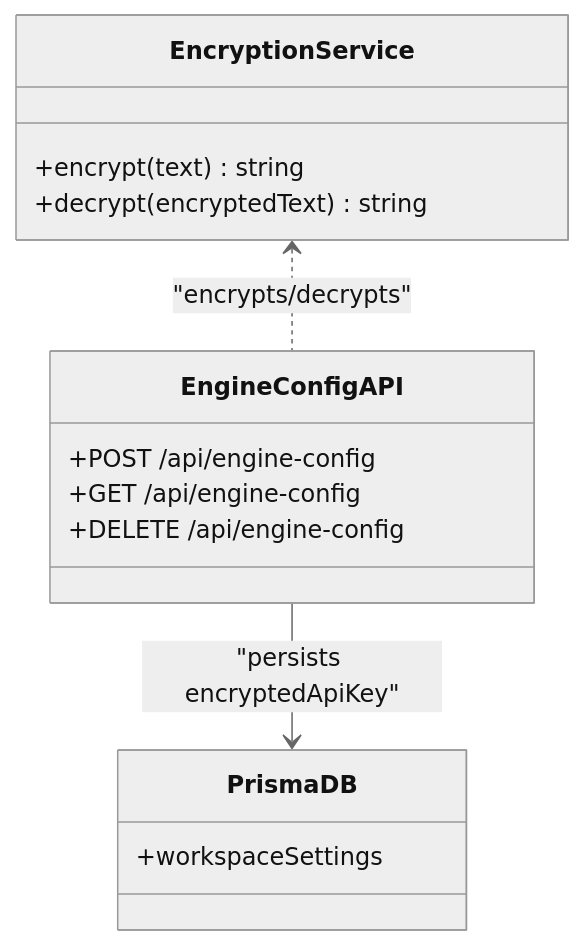
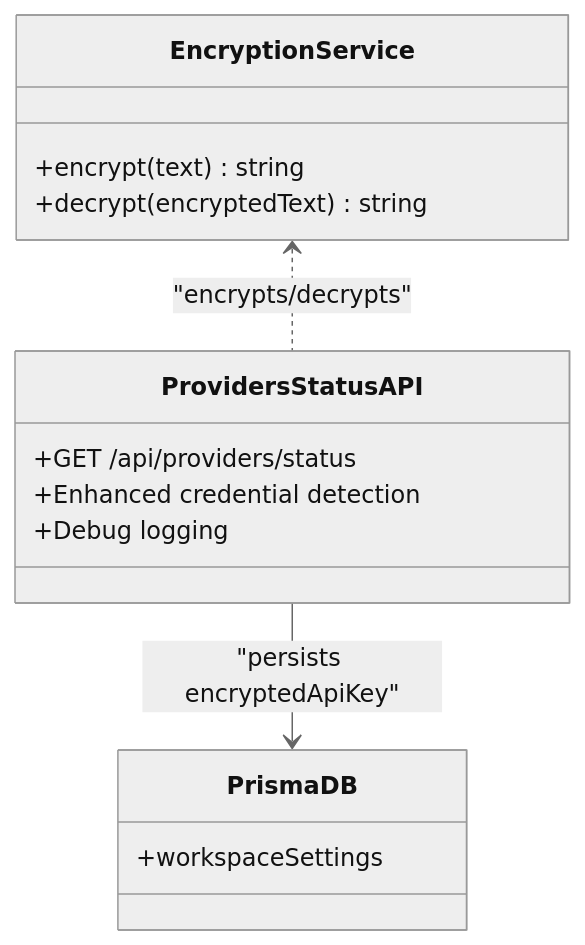
Before and after one commit to shekhargiri005-dotcom/AI-powered-accessibility-first-UI-engine: the eighth of 11 diagrams in .qoder/repowiki/en/content/AI Generation Engine/AI Provider Adapters/Configuration & Authentication Management.md, drawn with Mermaid (neutral theme). The commit also changed other lines of this file and 20 other files, not shown here.

````diff
--- a/.qoder/repowiki/en/content/AI Generation Engine/AI Provider Adapters/Configuration & Authentication Management.md
+++ b/.qoder/repowiki/en/content/AI Generation Engine/AI Provider Adapters/Configuration & Authentication Management.md
@@ -232,17 +344,17 @@
 ```mermaid
 classDiagram
 class EncryptionService {
 +encrypt(text) string
 +decrypt(encryptedText) string
 }
-class EngineConfigAPI {
-+POST /api/engine-config
-+GET /api/engine-config
-+DELETE /api/engine-config
+class ProvidersStatusAPI {
++GET /api/providers/status
++Enhanced credential detection
++Debug logging
 }
 class PrismaDB {
 +workspaceSettings
 }
-EncryptionService <.. EngineConfigAPI : "encrypts/decrypts"
-EngineConfigAPI --> PrismaDB : "persists encryptedApiKey"
+EncryptionService <.. ProvidersStatusAPI : "encrypts/decrypts"
+ProvidersStatusAPI --> PrismaDB : "persists encryptedApiKey"
 ```
````
